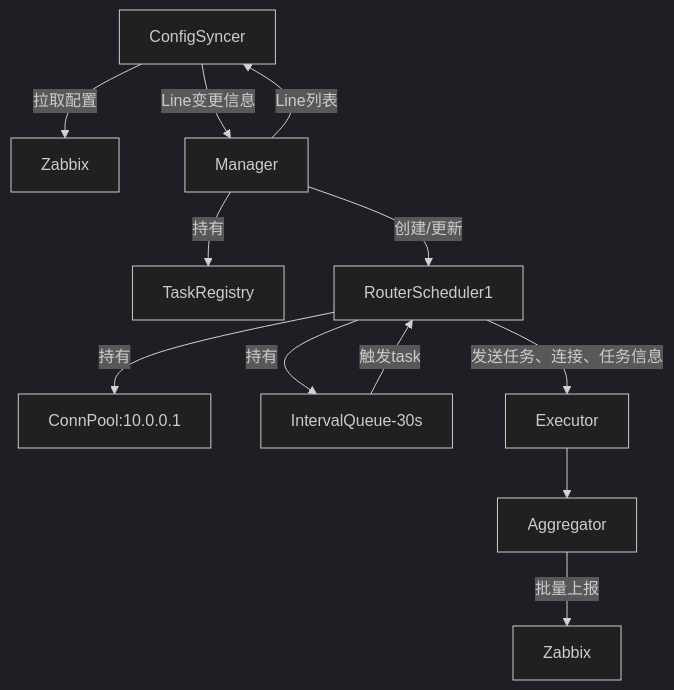
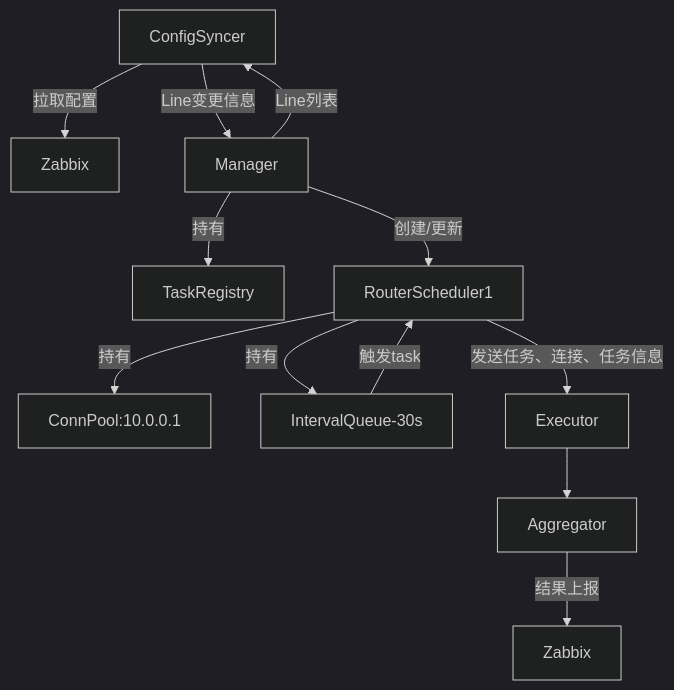
One commit to charlesren/zabbix_ddl_monitor changed the first of 4 diagrams in spec/line_monitoring/design-human.md. Above: the diagram before and after it, drawn with Mermaid (dark theme). The commit also changed other lines of this file and 7 other files, not shown here.

````diff
--- a/spec/line_monitoring/design-human.md
+++ b/spec/line_monitoring/design-human.md
@@ -11,14 +11,14 @@
 ```mermaid
 graph TD
     A[ConfigSyncer] -->|拉取配置| B[Zabbix]
     C[Manager] -->|Line列表| A
      C[Manager] -->|持有| E[TaskRegistry]
     A -->|Line变更信息| C
     C -->|创建/更新| D[RouterScheduler1]
      D -->|持有| L[ConnPool:10.0.0.1]
     D -->|持有| F[IntervalQueue-30s]
        F -->|触发task| D[RouterScheduler1]
       D -->|发送任务、连接、任务信息| J[Executor]
        J --> O[Aggregator]
-    O -->|批量上报| P[Zabbix]
+    O -->|结果上报| P[Zabbix]
 ```
````
